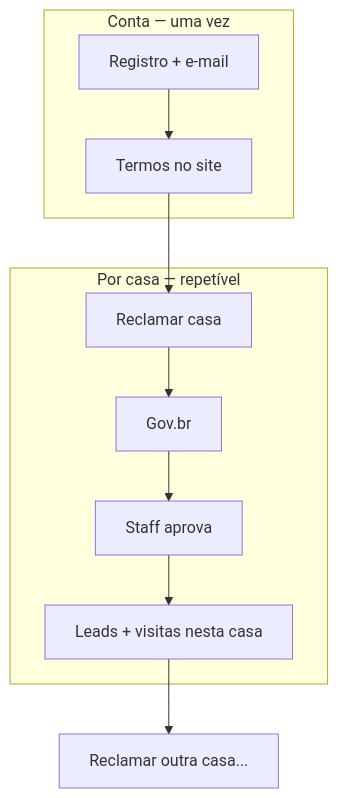
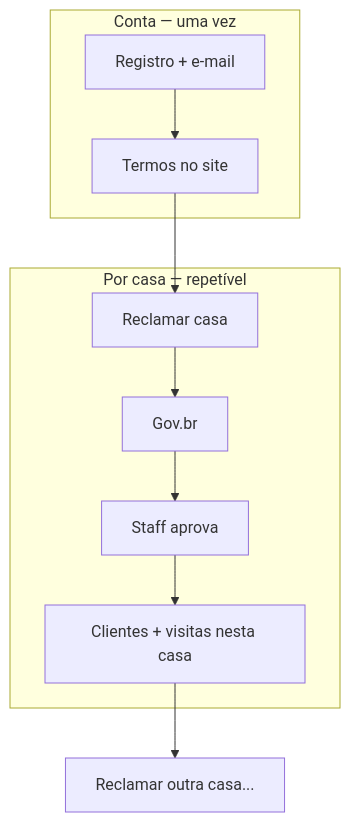
One commit to fortegb/platform changed the diagram in docs/planning/corretor-contract-template.md. Above: the diagram before and after it, drawn with Mermaid. The commit also changed other lines of this file and 30 other files, not shown here.

````diff
--- a/docs/planning/corretor-contract-template.md
+++ b/docs/planning/corretor-contract-template.md
@@ -162,13 +162,13 @@
 ```mermaid
 flowchart TB
   subgraph conta [Conta — uma vez]
     R[Registro + e-mail] --> T[Termos no site]
   end
   subgraph casa [Por casa — repetível]
     C[Reclamar casa] --> G[Gov.br]
     G --> S[Staff aprova]
-    S --> L[Leads + visitas nesta casa]
+    S --> L[Clientes + visitas nesta casa]
   end
   T --> C
   L --> C2[Reclamar outra casa...]
 ```
````
